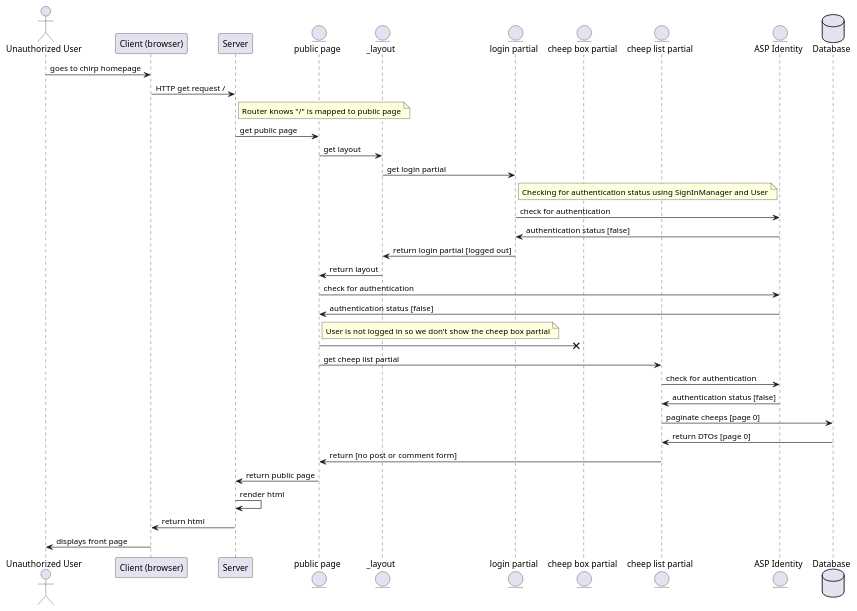
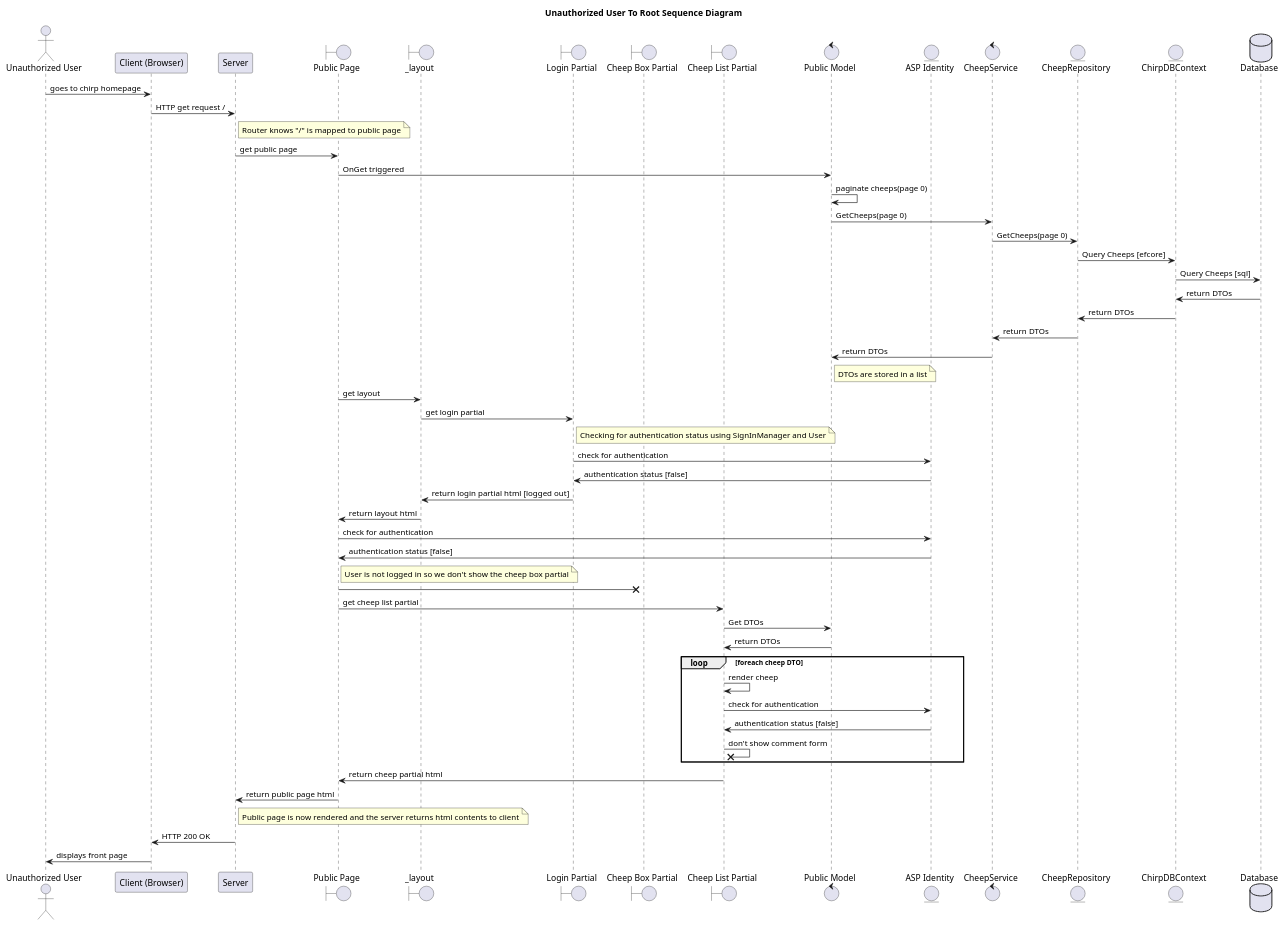
One commit to ITU-BDSA2024-GROUP9/Chirp changed the diagram in docs/diagrams/sequence.puml. Above: the diagram before and after it, drawn with PlantUML.

Commit message:
sequence diagram for unauthorized user done

```diff
--- a/docs/diagrams/sequence.puml
+++ b/docs/diagrams/sequence.puml
@@ -1,46 +1,68 @@
 @startuml
- 
+
+title Unauthorized User To Root Sequence Diagram 
+
 actor       "Unauthorized User"  as usr
-participant "Client (browser)"   as client
+participant "Client (Browser)"   as client
 participant Server               as server
-entity      "public page"        as public
-entity      "_layout"            as layout
-entity      "login partial"      as login
-entity      "cheep box partial"  as box
-entity      "cheep list partial" as cheeps
+Boundary    "Public Page"        as public
+Boundary    "_layout"            as layout
+Boundary    "Login Partial"      as login
+Boundary    "Cheep Box Partial"  as box
+Boundary    "Cheep List Partial" as cheeps
+Control     "Public Model"       as mod
 entity      "ASP Identity"       as asp
+Control     "CheepService"       as CS
+entity      "CheepRepository"    as CR
+entity      "ChirpDBContext"     as CDB
 database    Database             as DB
 
 usr -> client : goes to chirp homepage
 client -> server : HTTP get request /
 note right of server : Router knows "/" is mapped to public page
 server -> public : get public page
+public -> mod : OnGet triggered
+mod -> mod : paginate cheeps(page 0)
+mod -> CS : GetCheeps(page 0)
+CS -> CR : GetCheeps(page 0)
+CR -> CDB : Query Cheeps [efcore]
+CDB -> DB : Query Cheeps [sql]
+DB -> CDB : return DTOs
+CDB -> CR : return DTOs
+CR -> CS : return DTOs
+CS -> mod : return DTOs
+note right of mod : DTOs are stored in a list
 
 public -> layout : get layout
 layout -> login : get login partial
 note right of login : Checking for authentication status using SignInManager and User
 login -> asp : check for authentication
 asp -> login : authentication status [false]
-login -> layout : return login partial [logged out]
-layout -> public : return layout
+login -> layout : return login partial html [logged out]
+layout -> public : return layout html
 
 public -> asp : check for authentication
 asp -> public : authentication status [false]
 note right of public : User is not logged in so we don't show the cheep box partial
 public ->X box 
 
 public -> cheeps : get cheep list partial
-cheeps -> asp : check for authentication
-asp -> cheeps : authentication status [false]
-cheeps -> DB : paginate cheeps [page 0]
-DB -> cheeps : return DTOs [page 0]
-cheeps -> public : return [no post or comment form]
+cheeps -> mod : Get DTOs
+mod -> cheeps : return DTOs
+loop foreach cheep DTO
+    cheeps -> cheeps : render cheep
+    cheeps -> asp : check for authentication
+    asp -> cheeps : authentication status [false]
+    cheeps ->X cheeps : don't show comment form
+end
 
-public -> server : return public page
-server -> server : render html
-server -> client : return html
+cheeps -> public : return cheep partial html
+
+public -> server : return public page html
+note right of server : Public page is now rendered and the server returns html contents to client
+server -> client : HTTP 200 OK
 client -> usr : displays front page
 
 
 
 @enduml
```
